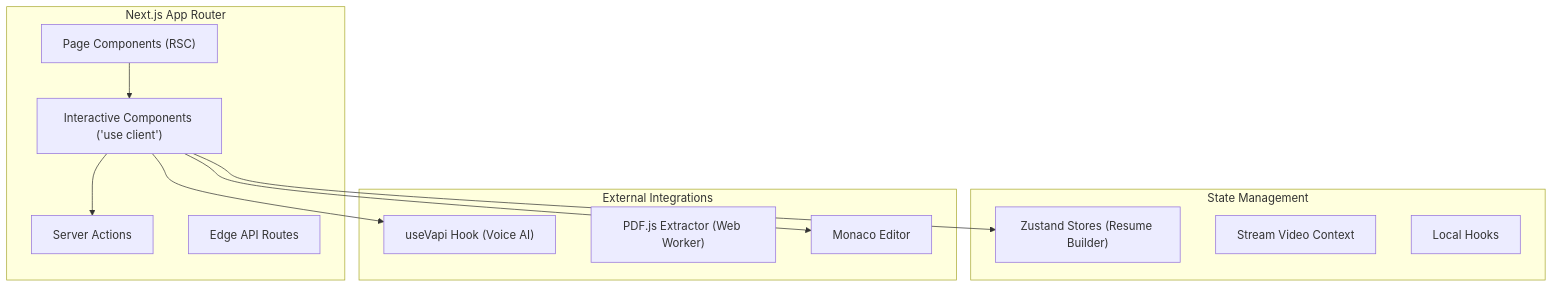
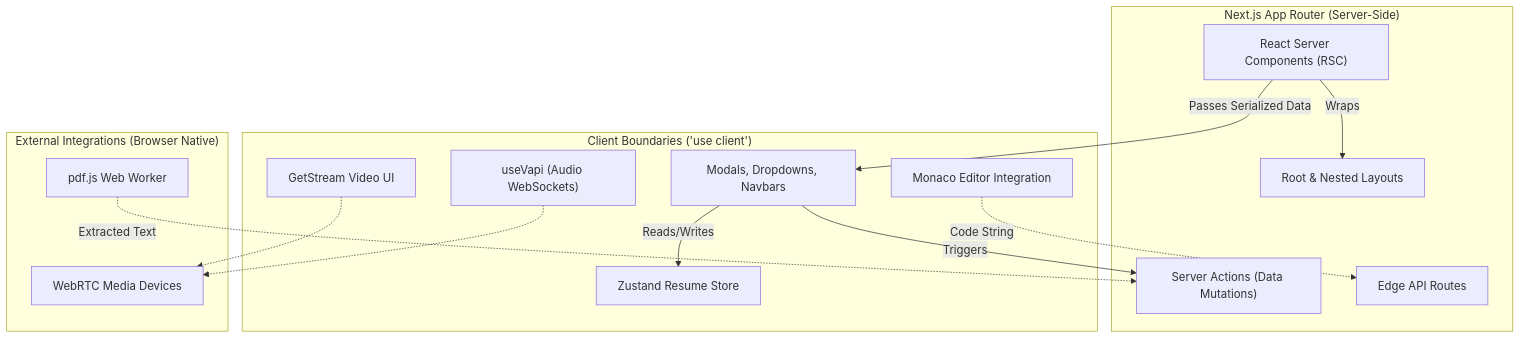
One commit to YashPanwar1408/prep-wise changed the diagram in frontend/README.md. Above: the diagram before and after it, drawn with Mermaid. The commit also changed other lines of this file and 2 other files, not shown here.

````diff
--- a/frontend/README.md
+++ b/frontend/README.md
@@ -11,27 +13,32 @@
 ```mermaid
 graph TD
-    subgraph "Next.js App Router"
-        Pages["Page Components (RSC)"]
-        ClientComps["Interactive Components ('use client')"]
-        ServerActions["Server Actions"]
-        API["Edge API Routes"]
+    subgraph "Next.js App Router (Server-Side)"
+        RSC["React Server Components (RSC)"]
+        Layouts["Root & Nested Layouts"]
+        ServerActions["Server Actions (Data Mutations)"]
+        EdgeAPI["Edge API Routes"]
     end
 
-    subgraph "State Management"
-        Zustand["Zustand Stores (Resume Builder)"]
-        StreamCtx["Stream Video Context"]
-        ReactState["Local Hooks"]
+    subgraph "Client Boundaries ('use client')"
+        Monaco["Monaco Editor Integration"]
+        Zustand["Zustand Resume Store"]
+        StreamSDK["GetStream Video UI"]
+        VapiHooks["useVapi (Audio WebSockets)"]
+        InteractiveUI["Modals, Dropdowns, Navbars"]
     end
 
-    subgraph "External Integrations"
-        Vapi["useVapi Hook (Voice AI)"]
-        PDFJS["PDF.js Extractor (Web Worker)"]
-        Monaco["Monaco Editor"]
+    subgraph "External Integrations (Browser Native)"
+        WebWorker["pdf.js Web Worker"]
+        WebRTC["WebRTC Media Devices"]
     end
 
-    Pages --> ClientComps
-    ClientComps --> ServerActions
-    ClientComps --> Zustand
-    ClientComps --> Vapi
-    ClientComps --> Monaco
+    RSC -->|Passes Serialized Data| InteractiveUI
+    RSC -->|Wraps| Layouts
+    InteractiveUI -->|Triggers| ServerActions
+    InteractiveUI -->|Reads/Writes| Zustand
+    
+    Monaco -.->|Code String| EdgeAPI
+    VapiHooks -.-> WebRTC
+    StreamSDK -.-> WebRTC
+    WebWorker -.->|Extracted Text| ServerActions
 ```
````
